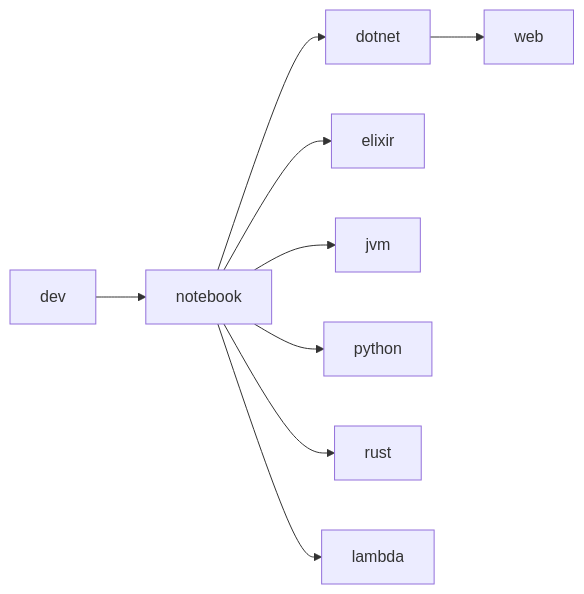
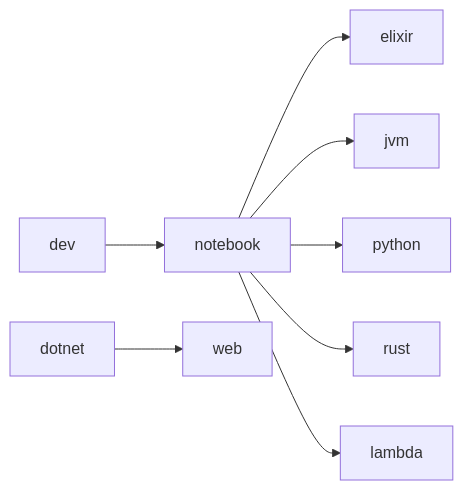
One commit to jhwohlgemuth/my-virtual-machine-setup changed the diagram in dev-with-containers/README.md. Above: the diagram before and after it, drawn with Mermaid. The commit also changed other lines of this file and 4 other files, not shown here.

````diff
--- a/dev-with-containers/README.md
+++ b/dev-with-containers/README.md
@@ -63,11 +62,10 @@
 ```mermaid
 graph LR
     dev --> notebook
-    notebook --> dotnet
     notebook --> elixir
     notebook --> jvm
     notebook --> python
     notebook --> rust
     notebook --> lambda
     dotnet --> web
 ```
````
